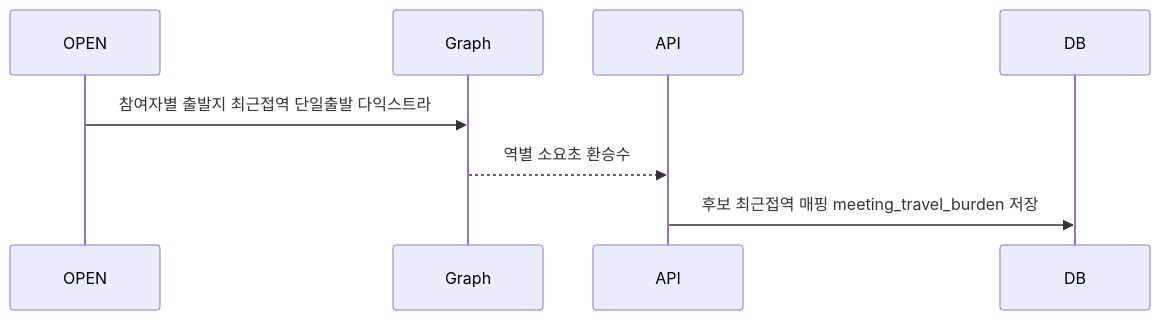
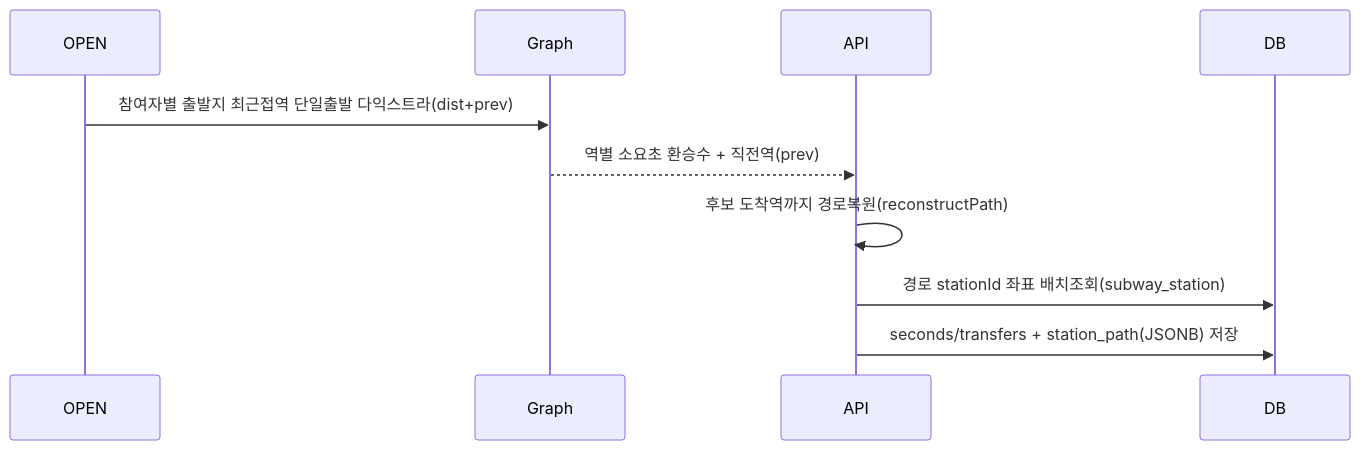
Before and after one commit to DDD-Community/DDD-13-IOS2-Server: the diagram in aidlc-docs/construction/review/fc12/flow.md, drawn with Mermaid. The commit also changed other lines of this file and 23 other files, not shown here.

````diff
--- a/aidlc-docs/construction/review/fc12/flow.md
+++ b/aidlc-docs/construction/review/fc12/flow.md
@@ -4,6 +4,8 @@
 ```mermaid
 sequenceDiagram
-    OPEN->>Graph: 참여자별 출발지 최근접역 단일출발 다익스트라
-    Graph-->>API: 역별 소요초 환승수
-    API->>DB: 후보 최근접역 매핑 meeting_travel_burden 저장
+    OPEN->>Graph: 참여자별 출발지 최근접역 단일출발 다익스트라(dist+prev)
+    Graph-->>API: 역별 소요초 환승수 + 직전역(prev)
+    API->>API: 후보 도착역까지 경로복원(reconstructPath)
+    API->>DB: 경로 stationId 좌표 배치조회(subway_station)
+    API->>DB: seconds/transfers + station_path(JSONB) 저장
 ```
````
